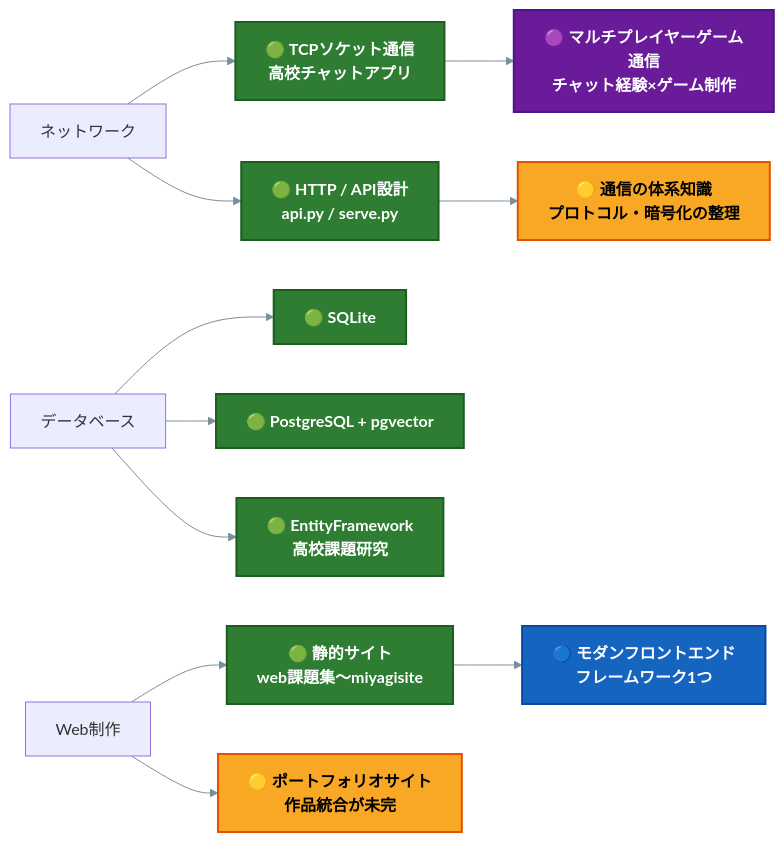
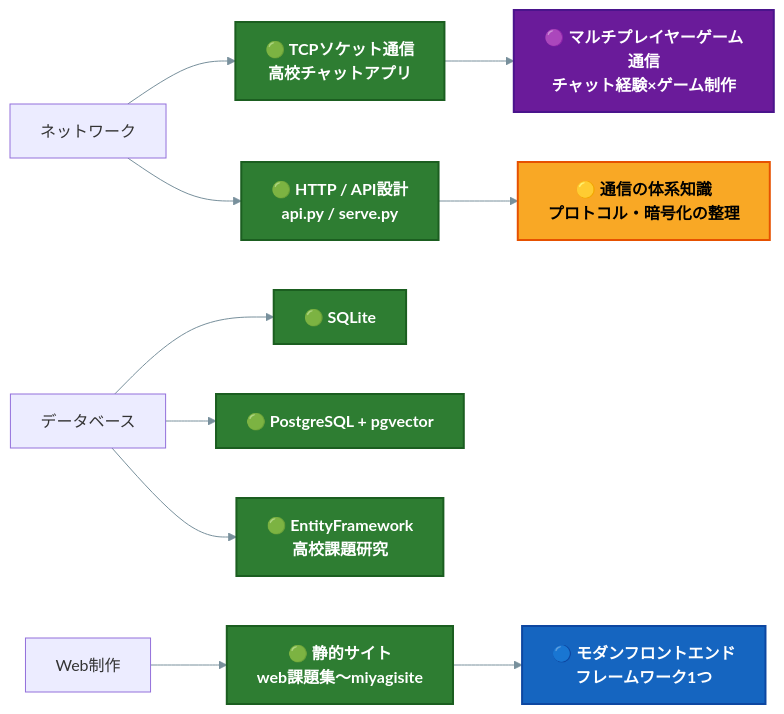
One commit to manato1201/manato1201 changed diagram 11 of 14 in README.md. Above: the diagram before and after it, drawn with Mermaid. The commit also changed other lines of this file, not shown here.

Commit message:
Update roadmap and badge descriptions in README

````diff
--- a/README.md
+++ b/README.md
@@ -332,21 +394,20 @@
 ```mermaid
 %%{init: {'themeVariables': {'primaryColor':'#37474f','primaryTextColor':'#ffffff','primaryBorderColor':'#263238','lineColor':'#78909c','fontSize':'16px'}}}%%
 flowchart LR
     NET[ネットワーク] --> N1[🟢 TCPソケット通信<br>高校チャットアプリ]:::done
     NET --> N2[🟢 HTTP / API設計<br>api.py / serve.py]:::done
     N2 --> N3[🟡 通信の体系知識<br>プロトコル・暗号化の整理]:::review
 
     DB[データベース] --> D1[🟢 SQLite]:::done
     DB --> D2[🟢 PostgreSQL + pgvector]:::done
     DB --> D3[🟢 EntityFramework<br>高校課題研究]:::done
 
     WEB[Web制作] --> W1[🟢 静的サイト<br>web課題集〜miyagisite]:::done
-    WEB --> W2[🟡 ポートフォリオサイト<br>作品統合が未完]:::review
     W1 --> W3[🔵 モダンフロントエンド<br>フレームワーク1つ]:::next
     N1 --> W4[🟣 マルチプレイヤーゲーム通信<br>チャット経験×ゲーム制作]:::adv
 
     classDef done fill:#2e7d32,stroke:#1b5e20,stroke-width:2px,color:#ffffff,font-weight:bold
     classDef review fill:#f9a825,stroke:#e65100,stroke-width:2px,color:#000000,font-weight:bold
     classDef next fill:#1565c0,stroke:#0d47a1,stroke-width:2px,color:#ffffff,font-weight:bold
     classDef adv fill:#6a1b9a,stroke:#4a148c,stroke-width:2px,color:#ffffff,font-weight:bold
 ```
````
